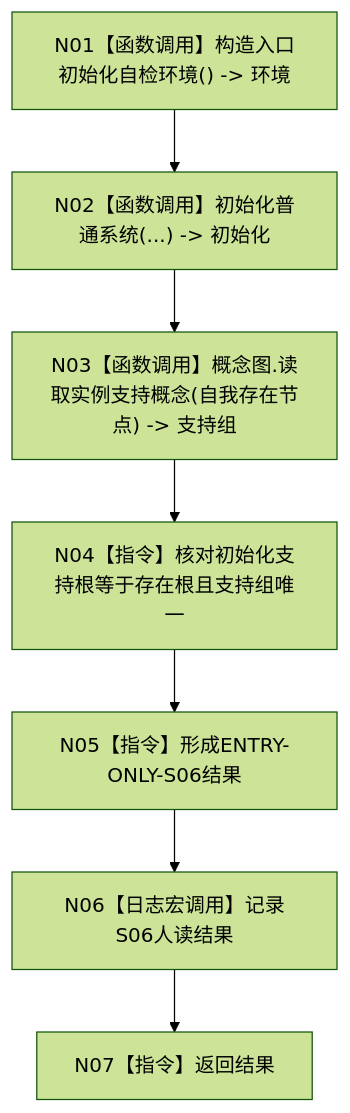
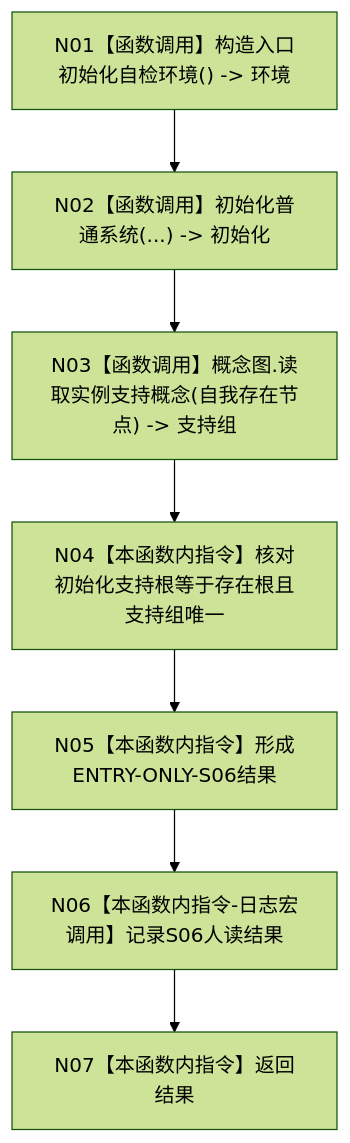
The diagram in 流程图/20260726_ENTRY-ONLY_S06_自我存在实例根支持_施工流程图_v0.1.md (chunhaizh-cyber/HY-Ego), drawn with Mermaid (forest theme) before and after one commit. The commit also changed other lines of this file and 88 other files, not shown here.

````diff
--- a/流程图/20260726_ENTRY-ONLY_S06_自我存在实例根支持_施工流程图_v0.1.md
+++ b/流程图/20260726_ENTRY-ONLY_S06_自我存在实例根支持_施工流程图_v0.1.md
@@ -7,9 +27,9 @@
 ```mermaid
 flowchart TD
     N01["N01【函数调用】构造入口初始化自检环境() -> 环境"] --> N02["N02【函数调用】初始化普通系统(...) -> 初始化"]
     N02 --> N03["N03【函数调用】概念图.读取实例支持概念(自我存在节点) -> 支持组"]
-    N03 --> N04["N04【指令】核对初始化支持根等于存在根且支持组唯一"]
-    N04 --> N05["N05【指令】形成ENTRY-ONLY-S06结果"]
-    N05 --> N06["N06【日志宏调用】记录S06人读结果"]
-    N06 --> N07["N07【指令】返回结果"]
+    N03 --> N04["N04【本函数内指令】核对初始化支持根等于存在根且支持组唯一"]
+    N04 --> N05["N05【本函数内指令】形成ENTRY-ONLY-S06结果"]
+    N05 --> N06["N06【本函数内指令-日志宏调用】记录S06人读结果"]
+    N06 --> N07["N07【本函数内指令】返回结果"]
 ```
````
